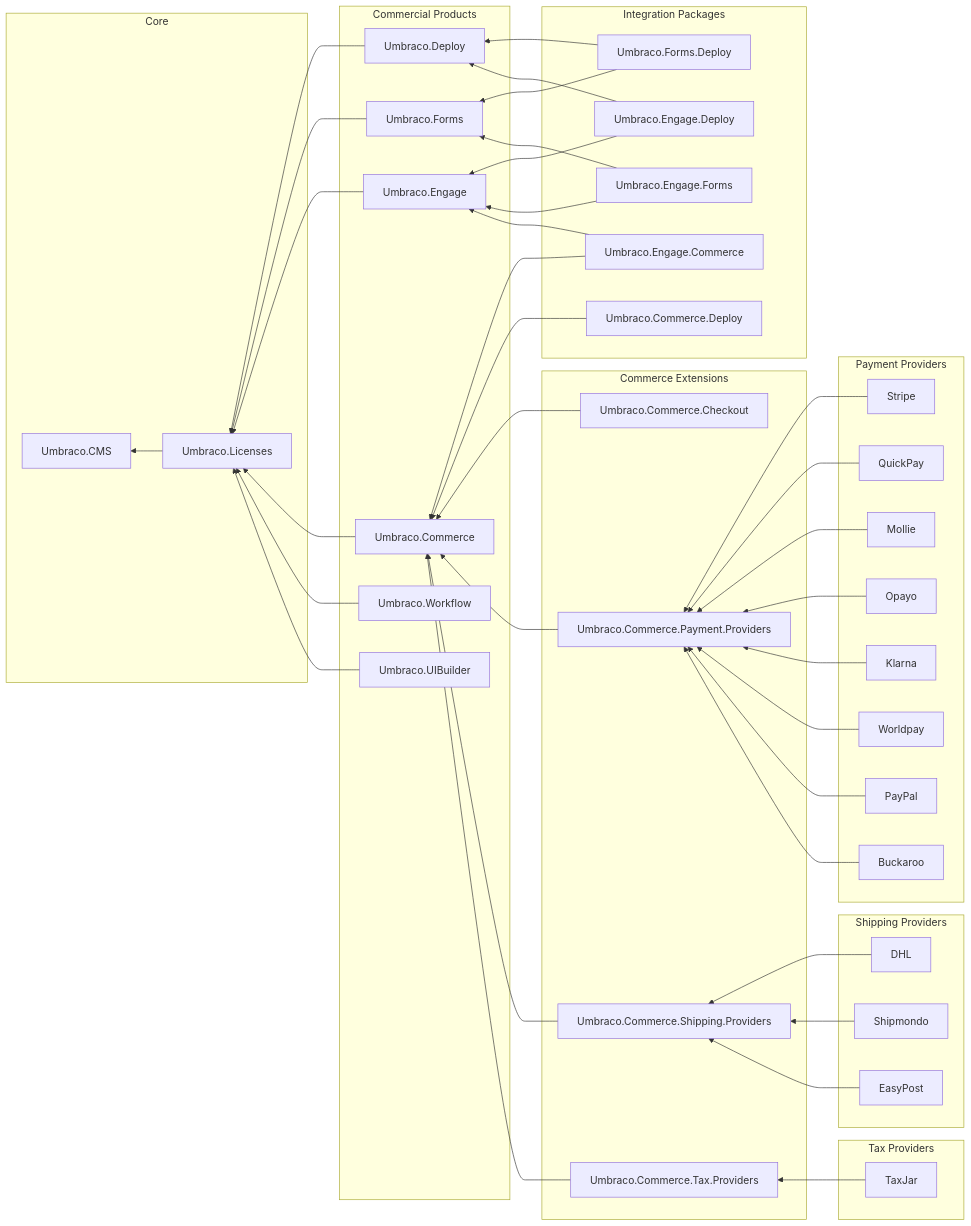
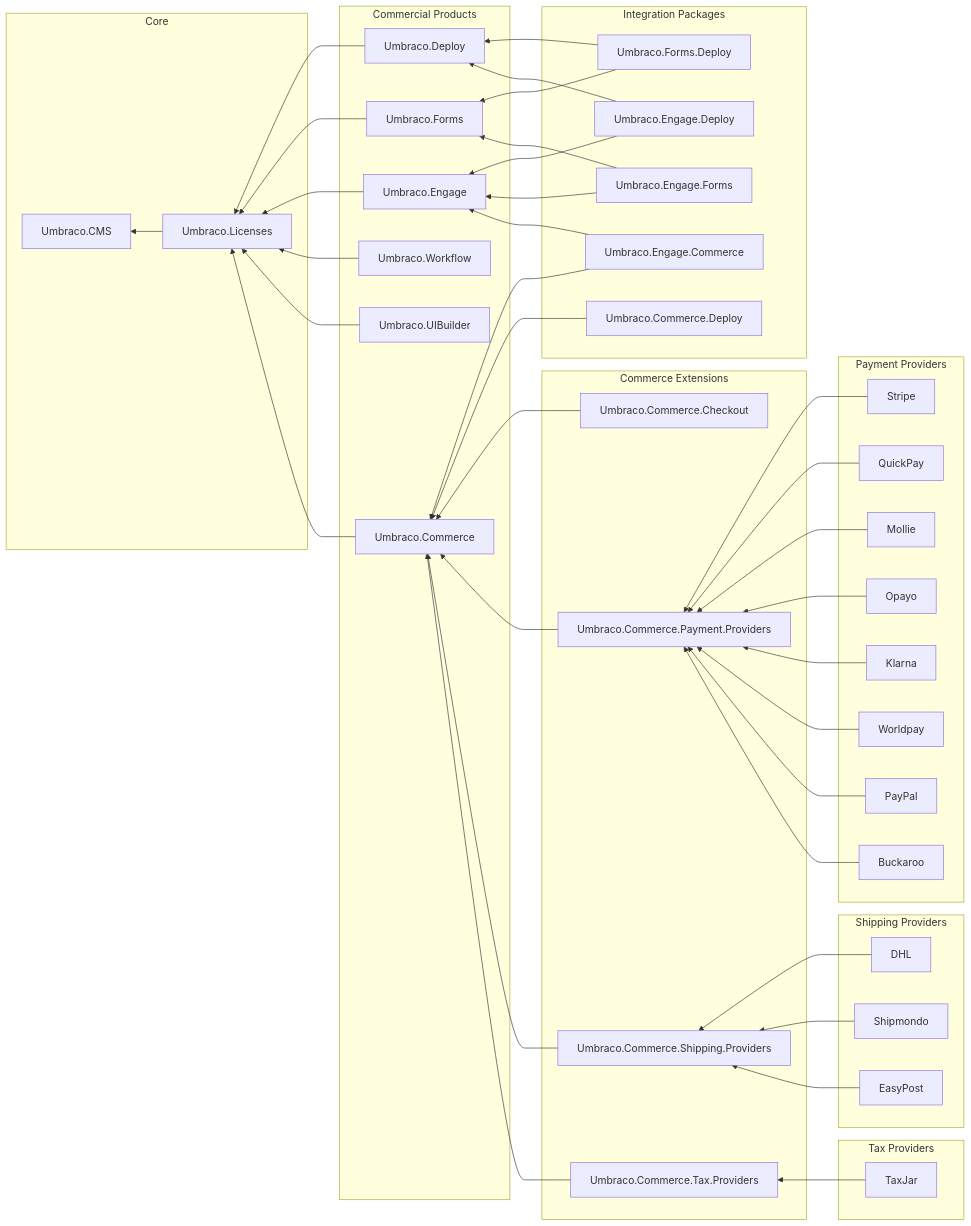
The diagram in marketplace-and-integrations/commercial-product-dependencies.md (umbraco/UmbracoDocs), drawn with Mermaid before and after one commit. The commit also changed other lines of this file, not shown here.

````diff
--- a/marketplace-and-integrations/commercial-product-dependencies.md
+++ b/marketplace-and-integrations/commercial-product-dependencies.md
@@ -9,69 +9,69 @@
 ```mermaid
 graph RL
     subgraph Core
         CMS["Umbraco.CMS"]
         Licenses["Umbraco.Licenses"]
         Licenses --> CMS
     end
 
     subgraph "Commercial Products"
         Deploy["Umbraco.Deploy"]
         Forms["Umbraco.Forms"]
         Engage["Umbraco.Engage"]
         Commerce["Umbraco.Commerce"]
         Workflow["Umbraco.Workflow"]
         UIBuilder["Umbraco.UIBuilder"]
     end
 
     Deploy --> Licenses
     Forms --> Licenses
     Engage --> Licenses
-    Commerce --> Licenses
     Workflow --> Licenses
     UIBuilder --> Licenses
+    Commerce --> Licenses
 
     subgraph "Integration Packages"
         FormsDeploy["Umbraco.Forms.Deploy"]
         EngageDeploy["Umbraco.Engage.Deploy"]
         EngageForms["Umbraco.Engage.Forms"]
         EngageCommerce["Umbraco.Engage.Commerce"]
         CommerceDeploy["Umbraco.Commerce.Deploy"]
     end
 
     FormsDeploy --> Forms
     FormsDeploy --> Deploy
     EngageDeploy --> Engage
     EngageDeploy --> Deploy
     EngageForms --> Engage
     EngageForms --> Forms
     EngageCommerce --> Engage
     EngageCommerce --> Commerce
     CommerceDeploy --> Commerce
 
     subgraph "Commerce Extensions"
         CommerceCheckout["Umbraco.Commerce.Checkout"]
         CommercePaymentProviders["Umbraco.Commerce.Payment.Providers"]
         CommerceShippingProviders["Umbraco.Commerce.Shipping.Providers"]
         CommerceTaxProviders["Umbraco.Commerce.Tax.Providers"]
     end
 
     CommerceCheckout --> Commerce
     CommercePaymentProviders --> Commerce
     CommerceShippingProviders --> Commerce
     CommerceTaxProviders --> Commerce
 
     subgraph "Payment Providers"
         Stripe & QuickPay & Mollie & Opayo & Klarna & Worldpay & PayPal & Buckaroo
     end
     Stripe & QuickPay & Mollie & Opayo --> CommercePaymentProviders
     Klarna & Worldpay & PayPal & Buckaroo --> CommercePaymentProviders
 
     subgraph "Shipping Providers"
         DHL & Shipmondo & EasyPost
     end
     DHL & Shipmondo & EasyPost --> CommerceShippingProviders
 
     subgraph "Tax Providers"
         TaxJar --> CommerceTaxProviders
     end
 ```
````
